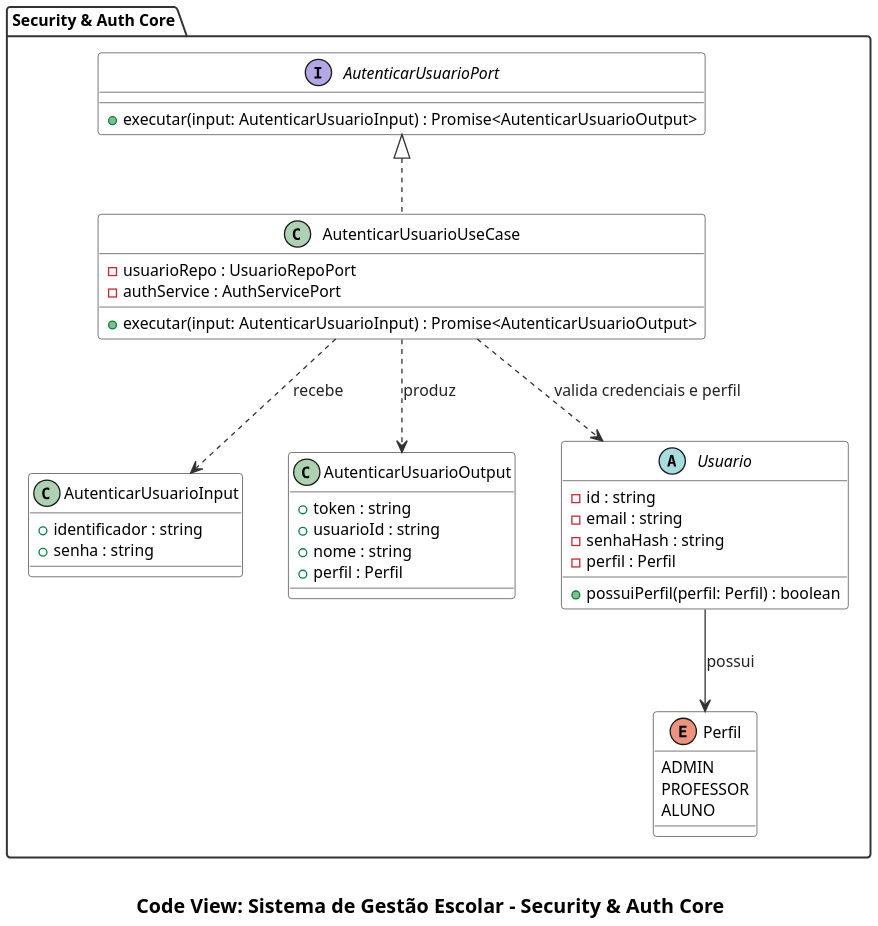
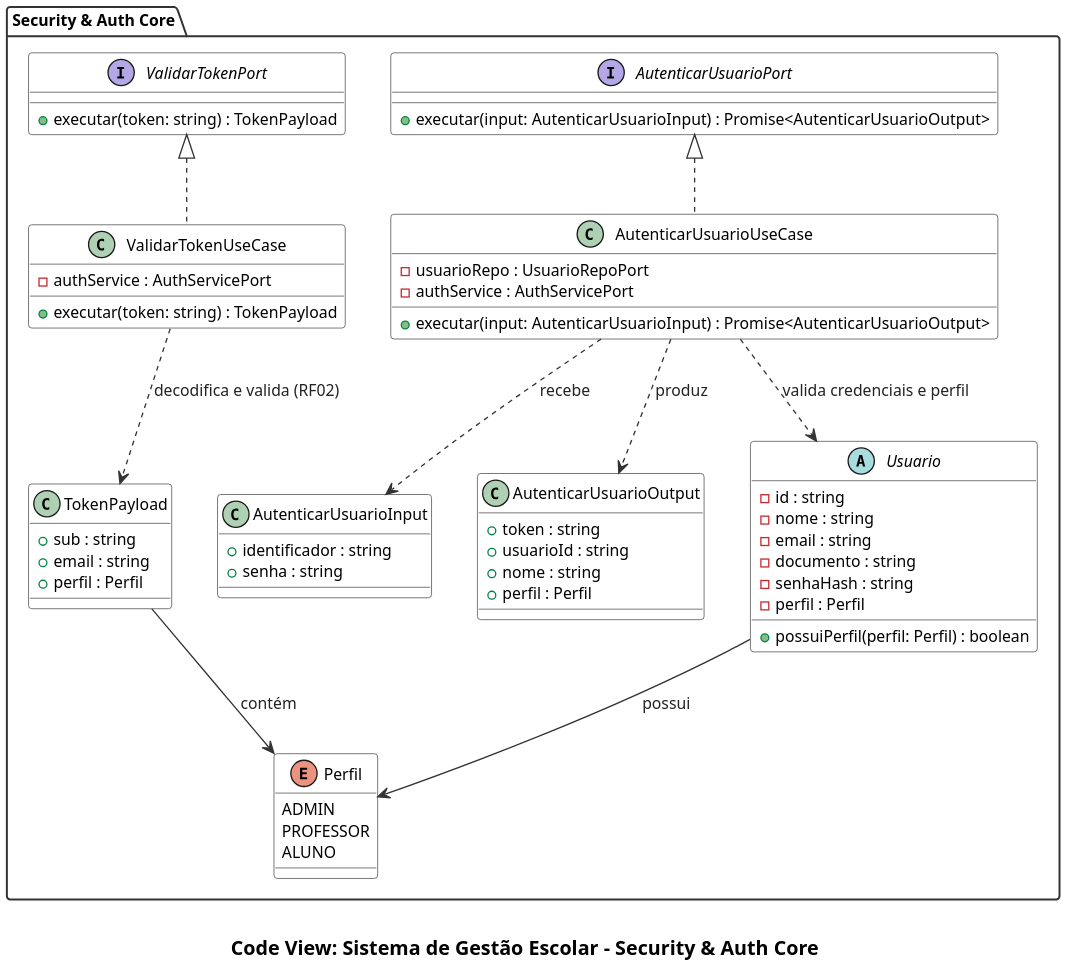
The diagram in docs/code/security-auth-core.puml (cicerocarnauba/sistema-gestao-escolar), drawn with PlantUML before and after one commit. The commit also changed 13 other files, not shown here.

Commit message:
docs: alinha ValidarTokenPort, entidade Usuario e imagens estáticas do README

```diff
--- a/docs/code/security-auth-core.puml
+++ b/docs/code/security-auth-core.puml
@@ -1,65 +1,84 @@
 @startuml
 set separator none
 top to bottom direction
 skinparam backgroundColor #FFFFFF
 skinparam shadowing false
 skinparam dpi 180
 skinparam defaultFontName "SansSerif"
 skinparam defaultFontSize 12
 skinparam packageStyle folder
 skinparam packageBackgroundColor #FFFFFF
 skinparam packageBorderColor #333333
 skinparam packageFontStyle bold
 skinparam classBackgroundColor #FFFFFF
 skinparam classHeaderBackgroundColor #FFFFFF
 skinparam classBorderColor #333333
 skinparam arrowColor #333333
 skinparam arrowFontColor #222222
 skinparam noteBackgroundColor #FAFAFA
 skinparam noteBorderColor #666666
 
 package "Security & Auth Core" as pkg_security_auth_core {
     interface AutenticarUsuarioPort {
         + executar(input: AutenticarUsuarioInput) : Promise<AutenticarUsuarioOutput>
     }
 
+    interface ValidarTokenPort {
+        + executar(token: string) : TokenPayload
+    }
+
     class AutenticarUsuarioUseCase implements AutenticarUsuarioPort {
         - usuarioRepo : UsuarioRepoPort
         - authService : AuthServicePort
         + executar(input: AutenticarUsuarioInput) : Promise<AutenticarUsuarioOutput>
+    }
+
+    class ValidarTokenUseCase implements ValidarTokenPort {
+        - authService : AuthServicePort
+        + executar(token: string) : TokenPayload
     }
 
     class AutenticarUsuarioInput {
         + identificador : string
         + senha : string
     }
 
     class AutenticarUsuarioOutput {
         + token : string
         + usuarioId : string
         + nome : string
         + perfil : Perfil
     }
 
+    class TokenPayload {
+        + sub : string
+        + email : string
+        + perfil : Perfil
+    }
+
     abstract class Usuario {
         - id : string
+        - nome : string
         - email : string
+        - documento : string
         - senhaHash : string
         - perfil : Perfil
         + possuiPerfil(perfil: Perfil) : boolean
     }
 
     enum Perfil {
         ADMIN
         PROFESSOR
         ALUNO
     }
 
     AutenticarUsuarioUseCase ..> AutenticarUsuarioInput : recebe
     AutenticarUsuarioUseCase ..> AutenticarUsuarioOutput : produz
     AutenticarUsuarioUseCase ..> Usuario : valida credenciais e perfil
+    ValidarTokenUseCase ..> TokenPayload : decodifica e valida (RF02)
+    TokenPayload --> Perfil : contém
     Usuario --> Perfil : possui
 }
 
 caption \n<size:15><b>Code View: Sistema de Gestão Escolar - Security & Auth Core</b></size>
 @enduml
```
